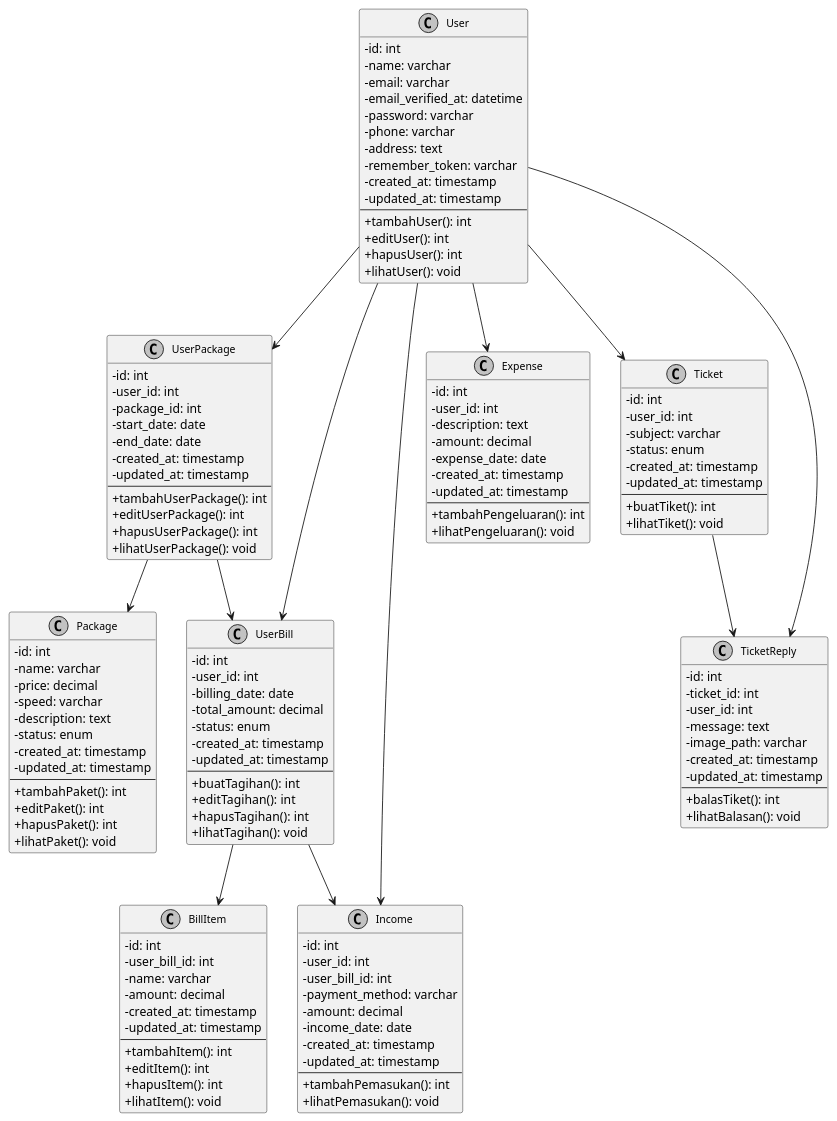
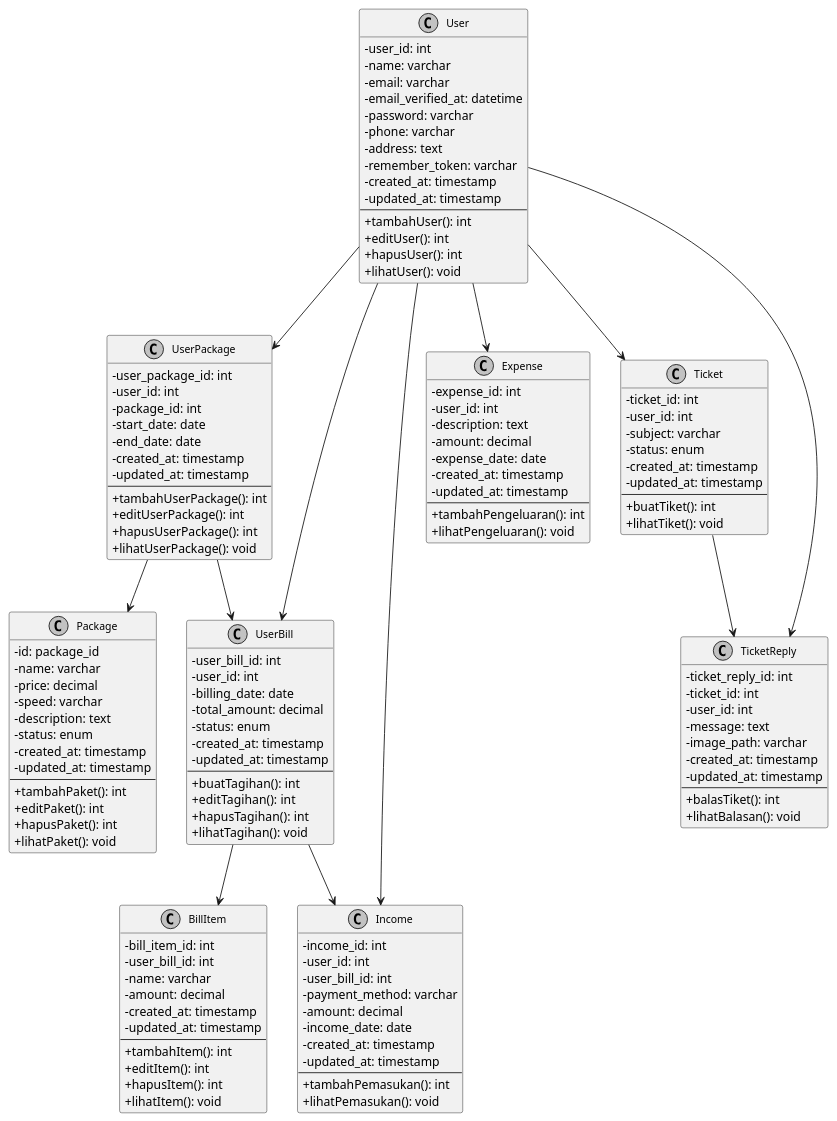
One commit to glhrzk/billing-service-project changed the diagram in plantuml/bab3_uml/class diagram.puml. Above: the diagram before and after it, drawn with PlantUML. The commit also changed 2 other files, not shown here.

Commit message:
feat: update UML diagrams to use descriptive property names for clarity [revisi dospem]

```diff
--- a/plantuml/bab3_uml/class diagram.puml
+++ b/plantuml/bab3_uml/class diagram.puml
@@ -2,152 +2,152 @@
 @startuml
 skinparam monochrome true
 skinparam classAttributeIconSize 0
 skinparam classFontSize 12
 
 ' === USER DAN LANGGANAN ===
 class User {
-  - id: int
+  - user_id: int
   - name: varchar
   - email: varchar
   - email_verified_at: datetime
   - password: varchar
   - phone: varchar
   - address: text
   - remember_token: varchar
   - created_at: timestamp
   - updated_at: timestamp
   --
   + tambahUser(): int
   + editUser(): int
   + hapusUser(): int
   + lihatUser(): void
 }
 
 class Package {
-  - id: int
+  - id: package_id
   - name: varchar
   - price: decimal
   - speed: varchar
   - description: text
   - status: enum
   - created_at: timestamp
   - updated_at: timestamp
   --
   + tambahPaket(): int
   + editPaket(): int
   + hapusPaket(): int
   + lihatPaket(): void
 }
 
 class UserPackage {
-  - id: int
+  - user_package_id: int
   - user_id: int
   - package_id: int
   - start_date: date
   - end_date: date
   - created_at: timestamp
   - updated_at: timestamp
   --
   + tambahUserPackage(): int
   + editUserPackage(): int
   + hapusUserPackage(): int
   + lihatUserPackage(): void
 }
 
 ' === PENAGIHAN DAN PEMBAYARAN ===
 class UserBill {
-  - id: int
+  - user_bill_id: int
   - user_id: int
   - billing_date: date
   - total_amount: decimal
   - status: enum
   - created_at: timestamp
   - updated_at: timestamp
   --
   + buatTagihan(): int
   + editTagihan(): int
   + hapusTagihan(): int
   + lihatTagihan(): void
 }
 
 class BillItem {
-  - id: int
+  - bill_item_id: int
   - user_bill_id: int
   - name: varchar
   - amount: decimal
   - created_at: timestamp
   - updated_at: timestamp
   --
   + tambahItem(): int
   + editItem(): int
   + hapusItem(): int
   + lihatItem(): void
 }
 
 class Income {
-  - id: int
+  - income_id: int
   - user_id: int
   - user_bill_id: int
   - payment_method: varchar
   - amount: decimal
   - income_date: date
   - created_at: timestamp
   - updated_at: timestamp
   --
   + tambahPemasukan(): int
   + lihatPemasukan(): void
 }
 
 class Expense {
-  - id: int
+  - expense_id: int
   - user_id: int
   - description: text
   - amount: decimal
   - expense_date: date
   - created_at: timestamp
   - updated_at: timestamp
   --
   + tambahPengeluaran(): int
   + lihatPengeluaran(): void
 }
 
 ' === TIKET BANTUAN ===
 class Ticket {
-  - id: int
+  - ticket_id: int
   - user_id: int
   - subject: varchar
   - status: enum
   - created_at: timestamp
   - updated_at: timestamp
   --
   + buatTiket(): int
   + lihatTiket(): void
 }
 
 class TicketReply {
-  - id: int
+  - ticket_reply_id: int
   - ticket_id: int
   - user_id: int
   - message: text
   - image_path: varchar
   - created_at: timestamp
   - updated_at: timestamp
   --
   + balasTiket(): int
   + lihatBalasan(): void
 }
 
 ' === RELASI ===
 User --> UserPackage
 UserPackage --> Package
 User --> UserBill
 UserPackage --> UserBill
 UserBill --> BillItem
 User --> Income
 UserBill --> Income
 User --> Expense
 User --> Ticket
 Ticket --> TicketReply
 User --> TicketReply
 
 @enduml
```
